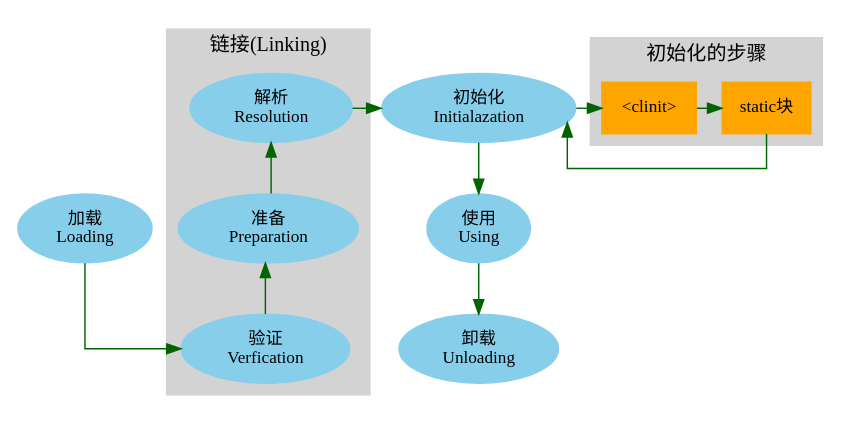
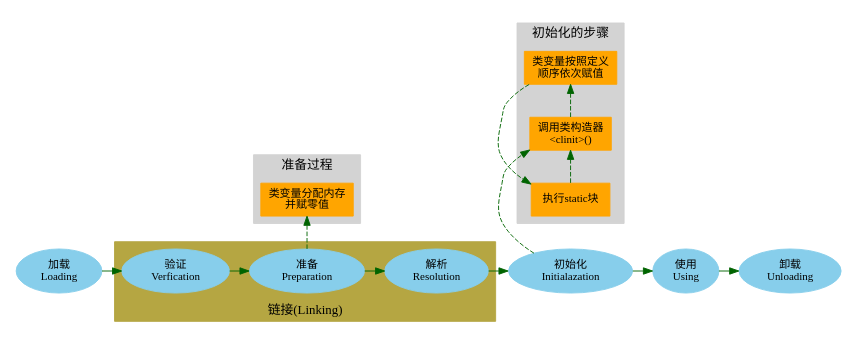
The diagram in imgs/java/class-lifecycle.dot (subaochen/blog), drawn with Graphviz before and after one commit. The commit also changed 4 other files, not shown here.

```diff
--- a/imgs/java/class-lifecycle.dot
+++ b/imgs/java/class-lifecycle.dot
@@ -1,43 +1,60 @@
 digraph G {
     size="6.9,9.8"; // B5 size
+    nodesep=0.5; // 增大节点间举例，使得虚线更明显(默认0.25)
+    ranksep=0.3; // 压缩层间距显紧凑（默认0.75)
     overlap=scale;
     ratio=auto;
-    //rankdir=LR;
+    rankdir=LR;
     newrank=true; // 使得subgraph能够和node使用rank=same
-    splines=Ortho; // 线条直角化，其他选项lines
+    plines=Ortho; // 线条直角化，其他选项lines
     compound=true; // 允许cluster和node连线
 
     node[fontsize=12,style="filled",color="skyblue"];
     edge[fontsize=12,color="darkgreen"];
     loading[label="加载\nLoading"];
     initialization[label="初始化\nInitialazation"];
     using[label="使用\nUsing"];
     unloading[label="卸载\nUnloading"];
+    verification[label="验证\nVerfication"];
+    preparation[label="准备\nPreparation"];
+    resolution[label="解析\nResolution"];
+
+    subgraph cluster_linking {
+        label="链接(Linking)";
+        labelloc="b";
+        style=filled;
+        color="#B5A642";
+        verification; preparation;resolution;
+    }
+
+    subgraph cluster_preparation {
+        label="准备过程";
+        style=filled;
+        color=lightgray;
+        node[shape="box",color="orange"];
+        edge[style="dashed"];
+        assign_memory[label="类变量分配内存\n并赋零值"];
+    }
+    {rank=same;preparation;assign_memory}
+    preparation->assign_memory[style="dashed"];
 
     subgraph cluster_init_steps {
         label="初始化的步骤";
         style=filled;
         color=lightgray;
         node[shape="box",color="orange"];
-        clinit[label="<clinit>"];
-        static[label="static块"];
-        clinit->static;
+        edge[style="dashed"];
+        clinit[label="调用类构造器\n<clinit>()"];
+        static_vars[label="类变量按照定义\n顺序依次赋值"];
+        static_blocks[label="执行static块"];
+        clinit->static_vars->static_blocks->clinit;
     }
-
-    subgraph cluster_linking {
-        label="链接(Linking)";
-        style=filled;
-        color=lightgray;
-        verification[label="验证\nVerfication"];
-        preparation[label="准备\nPreparation"];
-        resolution[label="解析\nResolution"];
-    }
+    initialization->clinit[style="dashed"];
+    {rank=same;initialization;static_vars;static_blocks;clinit}
 
     loading->verification->preparation->resolution->initialization->using->unloading;
-    initialization->clinit;
-    static->initialization;
 
-    {rank=same;resolution;initialization,clinit,static}
-    {rank=same;preparation;using}
-    {rank=same;verification;unloading}
+    //{rank=same;resolution;initialization}
+    //{rank=same;preparation;using}
+    //{rank=same;verification;unloading}
 }
```
